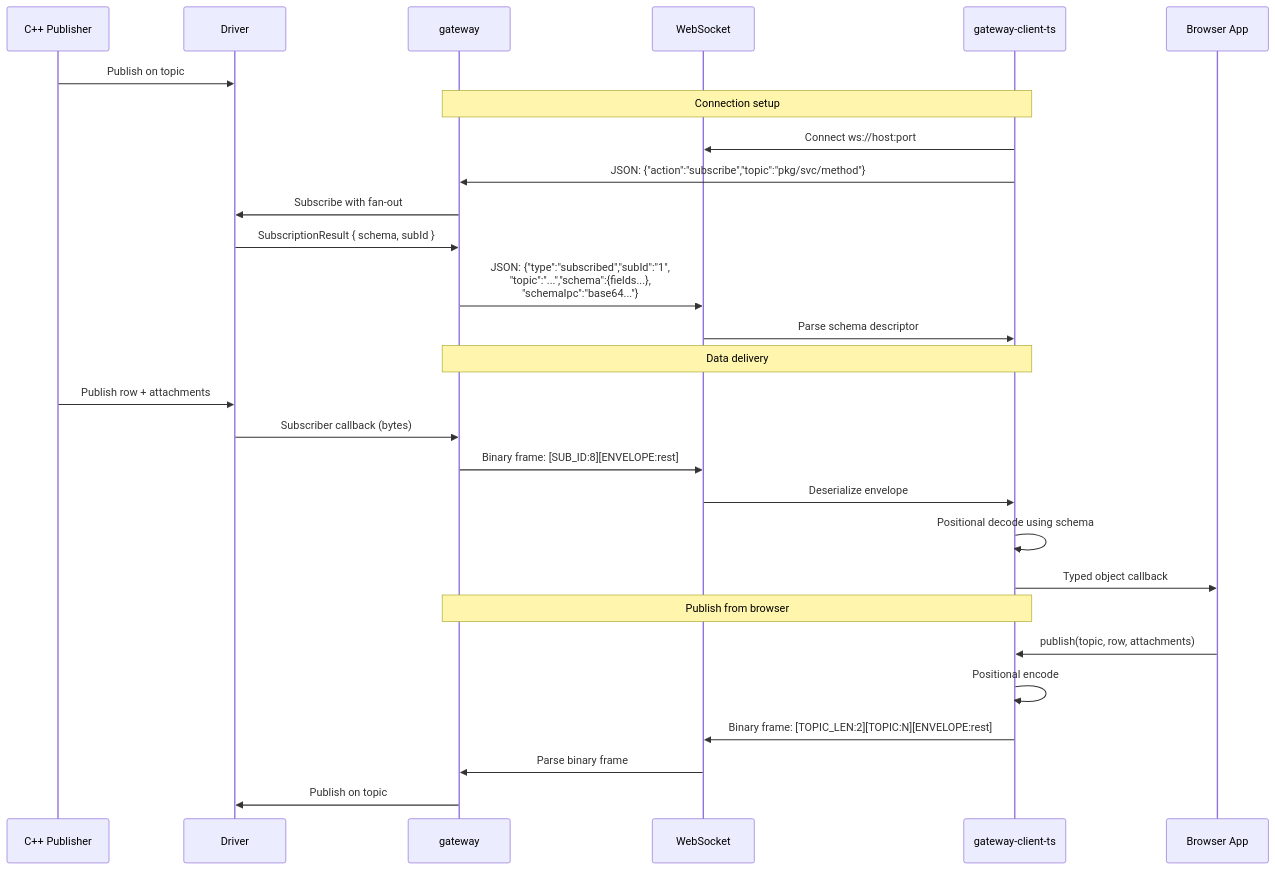
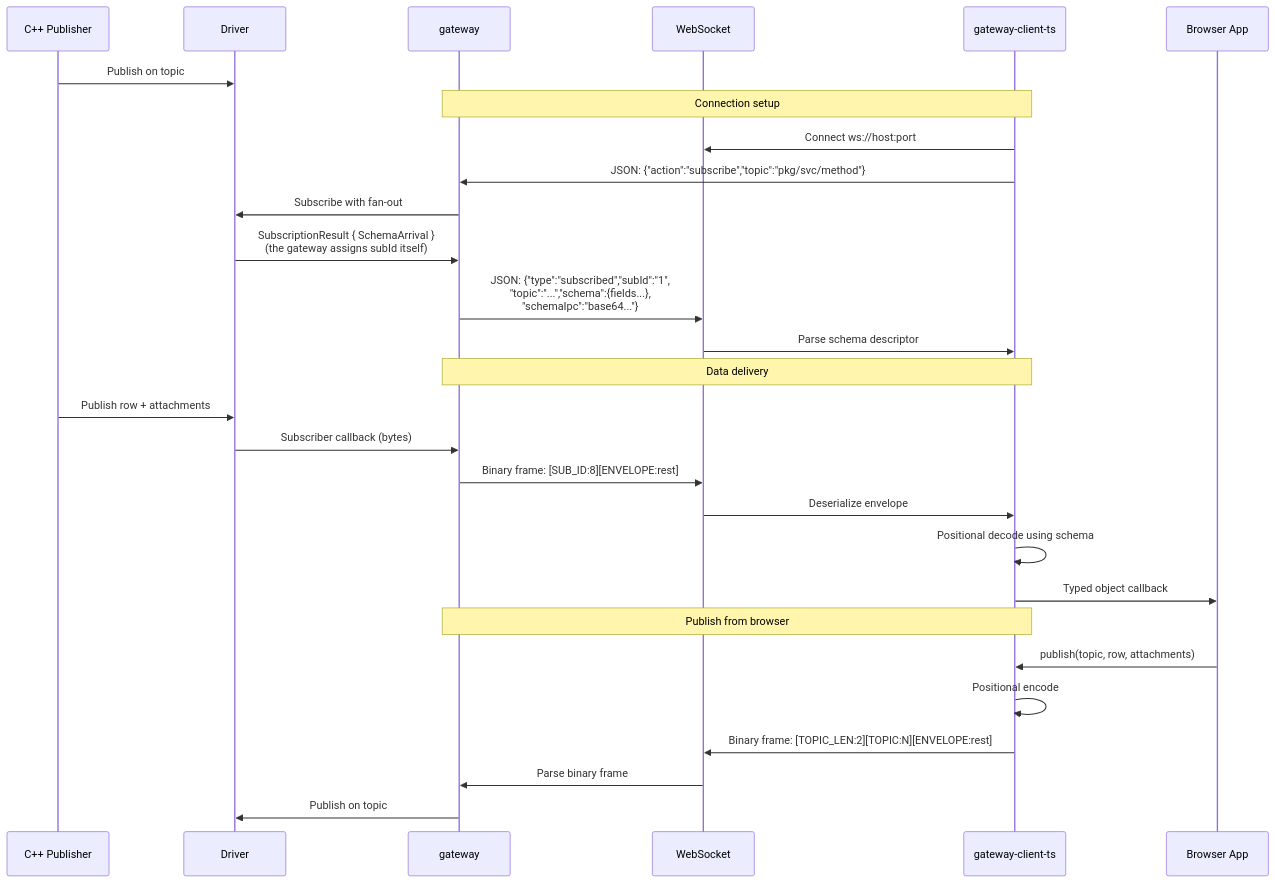
Before and after one commit to eivacom/Fletcher: the third of 6 diagrams in docs/data-flow-diagrams.md, drawn with Mermaid. The commit also changed other lines of this file and 15 other files, not shown here.

````diff
--- a/docs/data-flow-diagrams.md
+++ b/docs/data-flow-diagrams.md
@@ -66,38 +70,38 @@
 ```mermaid
 sequenceDiagram
     participant PUB as C++ Publisher
     participant DRV as Driver
     participant WG as gateway
     participant WS as WebSocket
     participant WC as gateway-client-ts
     participant APP as Browser App
 
     PUB->>DRV: Publish on topic
 
     Note over WC,WG: Connection setup
 
     WC->>WS: Connect ws://host:port
     WC->>WG: JSON: {"action":"subscribe","topic":"pkg/svc/method"}
     WG->>DRV: Subscribe with fan-out
-    DRV->>WG: SubscriptionResult { schema, subId }
+    DRV->>WG: SubscriptionResult { SchemaArrival }<br/>(the gateway assigns subId itself)
 
     WG->>WS: JSON: {"type":"subscribed","subId":"1",<br/>"topic":"...","schema":{fields...},<br/>"schemaIpc":"base64..."}
     WS->>WC: Parse schema descriptor
 
     Note over WC,WG: Data delivery
 
     PUB->>DRV: Publish row + attachments
     DRV->>WG: Subscriber callback (bytes)
     WG->>WS: Binary frame: [SUB_ID:8][ENVELOPE:rest]
     WS->>WC: Deserialize envelope
     WC->>WC: Positional decode using schema
     WC->>APP: Typed object callback
 
     Note over WC,WG: Publish from browser
 
     APP->>WC: publish(topic, row, attachments)
     WC->>WC: Positional encode
     WC->>WS: Binary frame: [TOPIC_LEN:2][TOPIC:N][ENVELOPE:rest]
     WS->>WG: Parse binary frame
     WG->>DRV: Publish on topic
 ```
````
